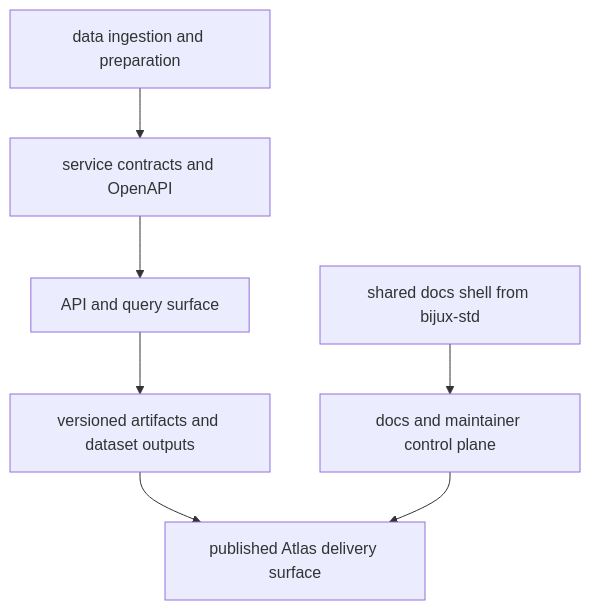
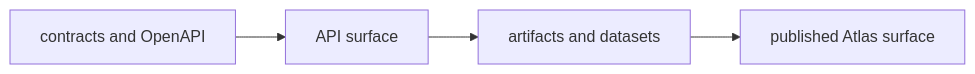
Before and after one commit to bijux/bijux.github.io: the diagram in docs/04-projects/bijux-atlas/index.md, drawn with Mermaid. The commit also changed other lines of this file and 1 other file, not shown here.

Commit message:
docs(projects): simplify the core and atlas stories

````diff
--- a/docs/04-projects/bijux-atlas/index.md
+++ b/docs/04-projects/bijux-atlas/index.md
@@ -55,9 +53,6 @@
 ```mermaid
-graph TD
-    ingest["data ingestion and preparation"] --> contracts["service contracts and OpenAPI"]
-    contracts --> api["API and query surface"]
-    api --> artifacts["versioned artifacts and dataset outputs"]
-    artifacts --> publish["published Atlas delivery surface"]
-    control["docs and maintainer control plane"] --> publish
-    std["shared docs shell from bijux-std"] --> control
+graph LR
+    contracts["contracts and OpenAPI"] --> api["API surface"]
+    api --> artifacts["artifacts and datasets"]
+    artifacts --> publish["published Atlas surface"]
 ```
````
